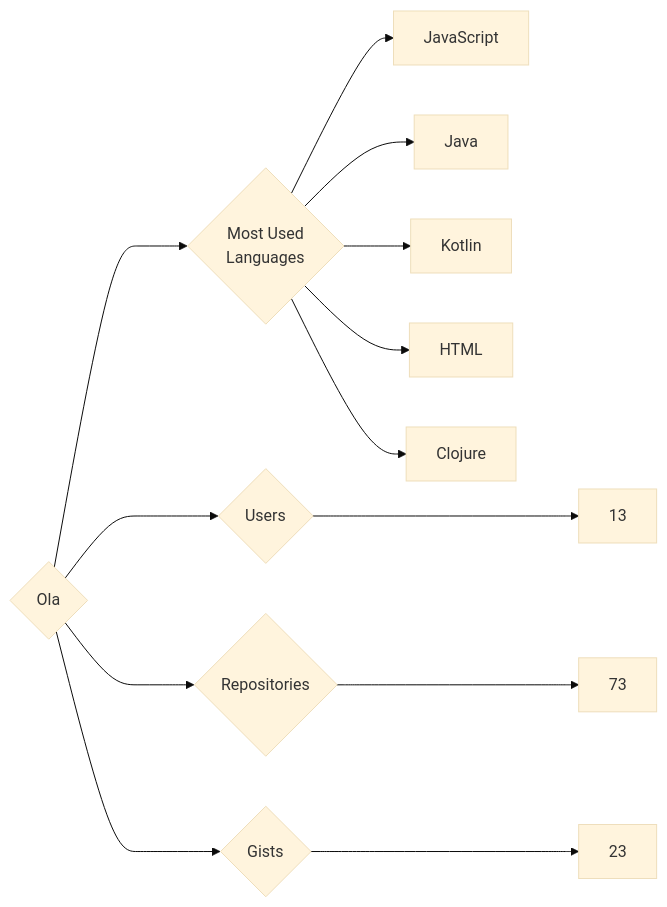
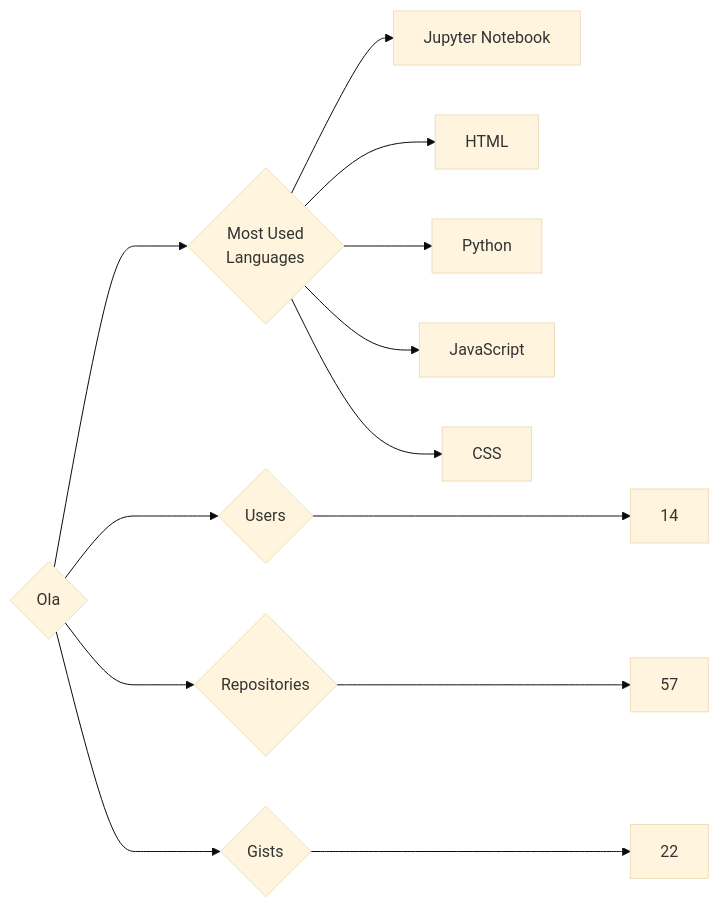
One commit to trickest/insiders changed the diagram in targets/Ola/README.md. Above: the diagram before and after it, drawn with Mermaid (base theme). The commit also changed 940 other files, not shown here.

````diff
--- a/targets/Ola/README.md
+++ b/targets/Ola/README.md
@@ -3,13 +3,13 @@
 ```mermaid
 graph LR
 COMPANY_NAME{Ola}
-COMPANY_NAME ---> U{Users} ---> UN[13]
-COMPANY_NAME ---> R{Repositories} ---> RN[73]
-COMPANY_NAME ---> G{Gists} ---> GN[23]
+COMPANY_NAME ---> U{Users} ---> UN[14]
+COMPANY_NAME ---> R{Repositories} ---> RN[57]
+COMPANY_NAME ---> G{Gists} ---> GN[22]
 COMPANY_NAME ---> ML{Most Used<br>Languages}
+ML --> Jupyter_Notebook[Jupyter Notebook]
+ML --> HTML[HTML]
+ML --> Python[Python]
 ML --> JavaScript[JavaScript]
-ML --> Java[Java]
-ML --> Kotlin[Kotlin]
-ML --> HTML[HTML]
-ML --> Clojure[Clojure]
+ML --> CSS[CSS]
 ```
````
